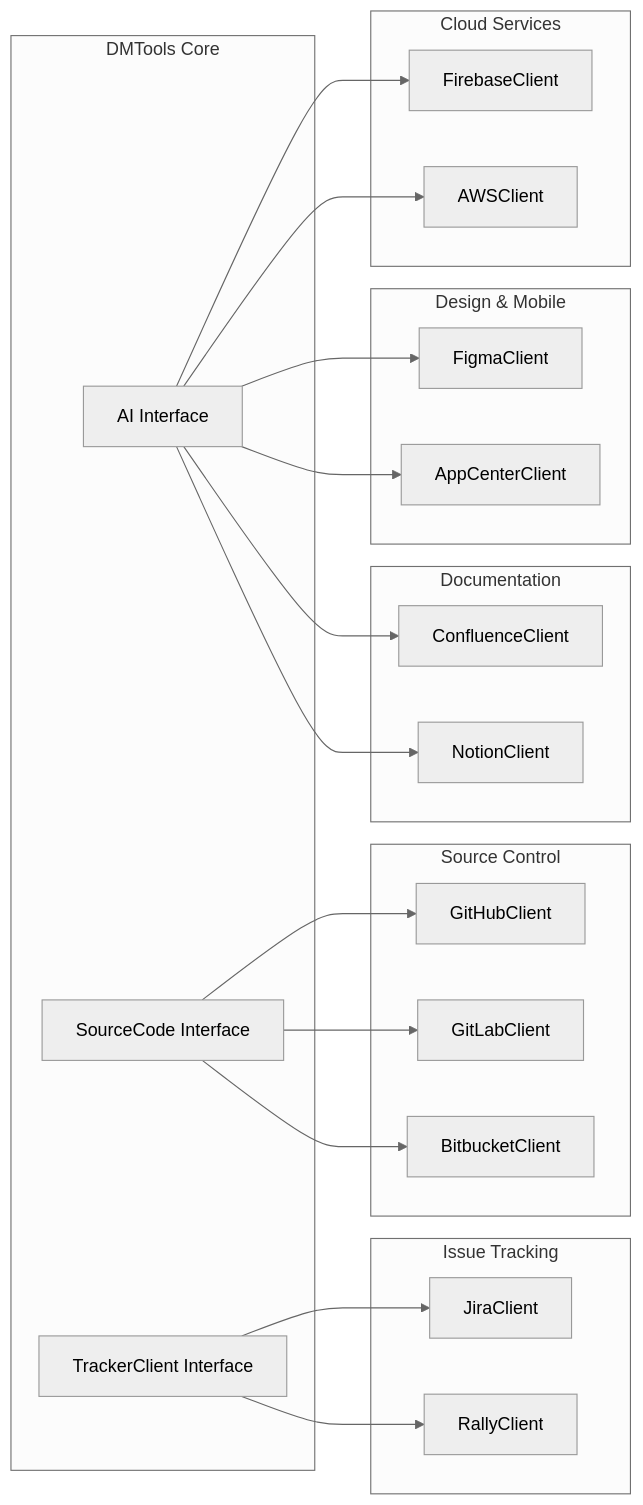
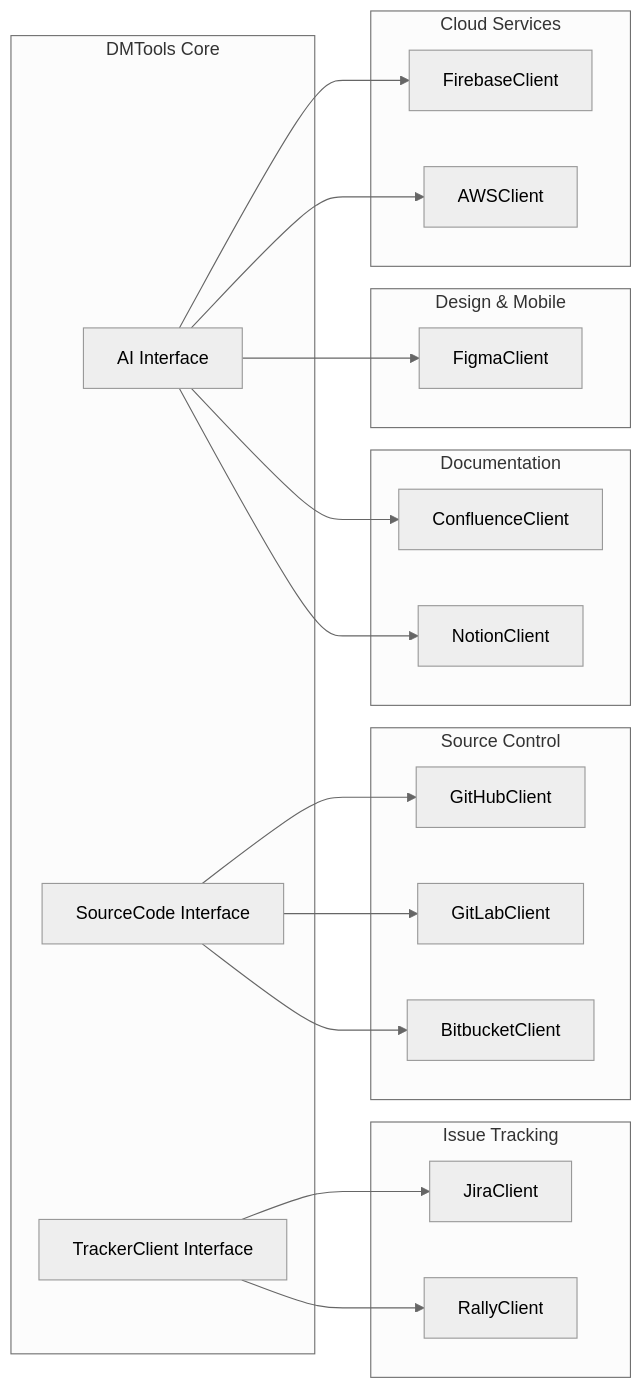
One commit to IstiN/dmtools changed the fifth of 13 diagrams in docs/development/architecture.md. Above: the diagram before and after it, drawn with Mermaid (neutral theme). The commit also changed 80 other files, not shown here.

````diff
--- a/docs/development/architecture.md
+++ b/docs/development/architecture.md
@@ -219,46 +219,44 @@
 ```mermaid
 graph LR
     subgraph "DMTools Core"
         A[TrackerClient Interface]
         B[SourceCode Interface]
         C[AI Interface]
     end
     
     subgraph "Issue Tracking"
         D[JiraClient]
         E[RallyClient]
     end
     
     subgraph "Source Control"
         F[GitHubClient]
         G[GitLabClient]
         H[BitbucketClient]
     end
     
     subgraph "Documentation"
         I[ConfluenceClient]
         J[NotionClient]
     end
     
     subgraph "Design & Mobile"
         K[FigmaClient]
-        L[AppCenterClient]
     end
     
     subgraph "Cloud Services"
         M[FirebaseClient]
         N[AWSClient]
     end
     
     A --> D
     A --> E
     B --> F
     B --> G
     B --> H
     C --> I
     C --> J
     C --> K
-    C --> L
     C --> M
     C --> N
 ```
````
